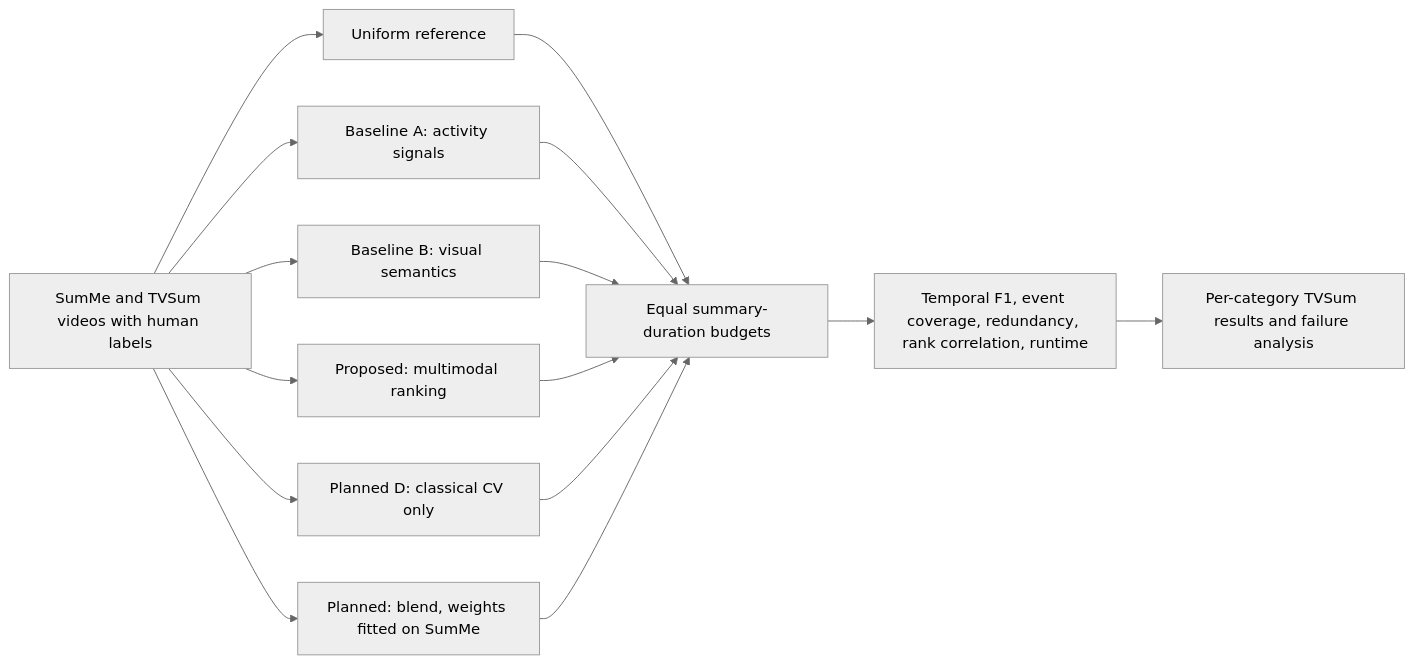
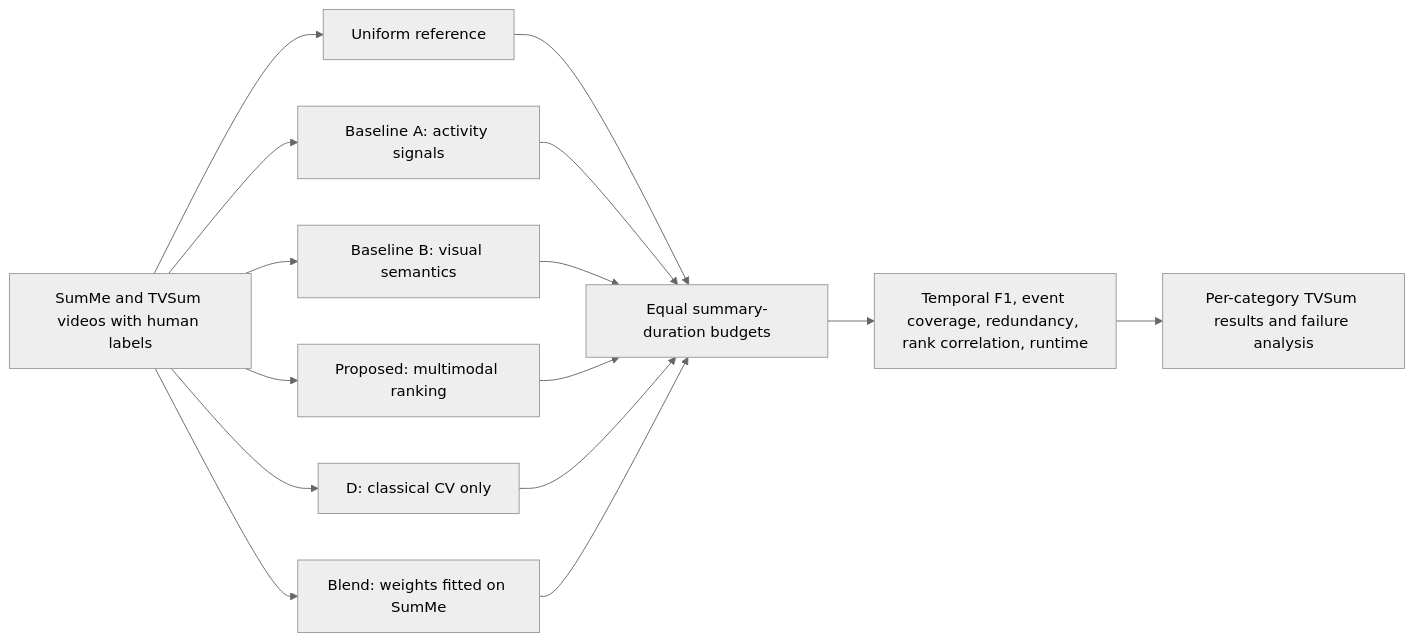
One commit to faraaz-bot/SceneSift changed the second of 2 diagrams in docs/ARCHITECTURE.md. Above: the diagram before and after it, drawn with Mermaid (neutral theme). The commit also changed other lines of this file and 4 other files, not shown here.

````diff
--- a/docs/ARCHITECTURE.md
+++ b/docs/ARCHITECTURE.md
@@ -36,17 +36,17 @@
 ```mermaid
 flowchart LR
     D[SumMe and TVSum videos with human labels] --> U[Uniform reference]
     D --> A[Baseline A: activity signals]
     D --> B[Baseline B: visual semantics]
     D --> C[Proposed: multimodal ranking]
-    D --> K[Planned D: classical CV only]
-    D --> L[Planned: blend, weights fitted on SumMe]
+    D --> K[D: classical CV only]
+    D --> L[Blend: weights fitted on SumMe]
     U --> E[Equal summary-duration budgets]
     A --> E
     B --> E
     C --> E
     K --> E
     L --> E
     E --> F[Temporal F1, event coverage, redundancy, rank correlation, runtime]
     F --> G[Per-category TVSum results and failure analysis]
 ```
````
